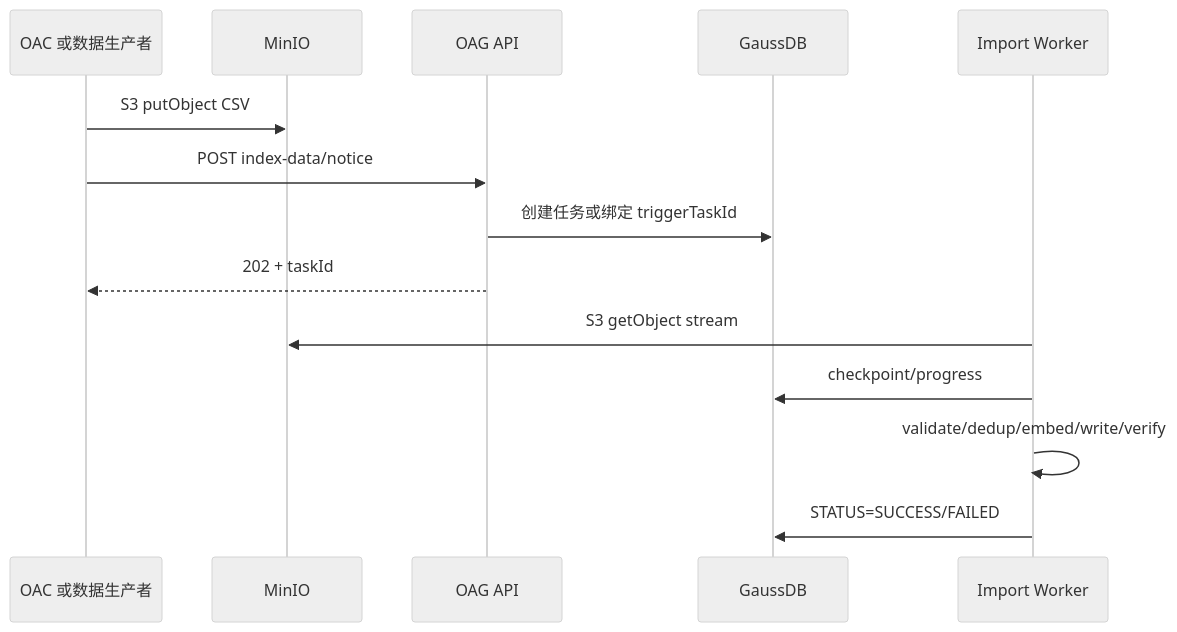
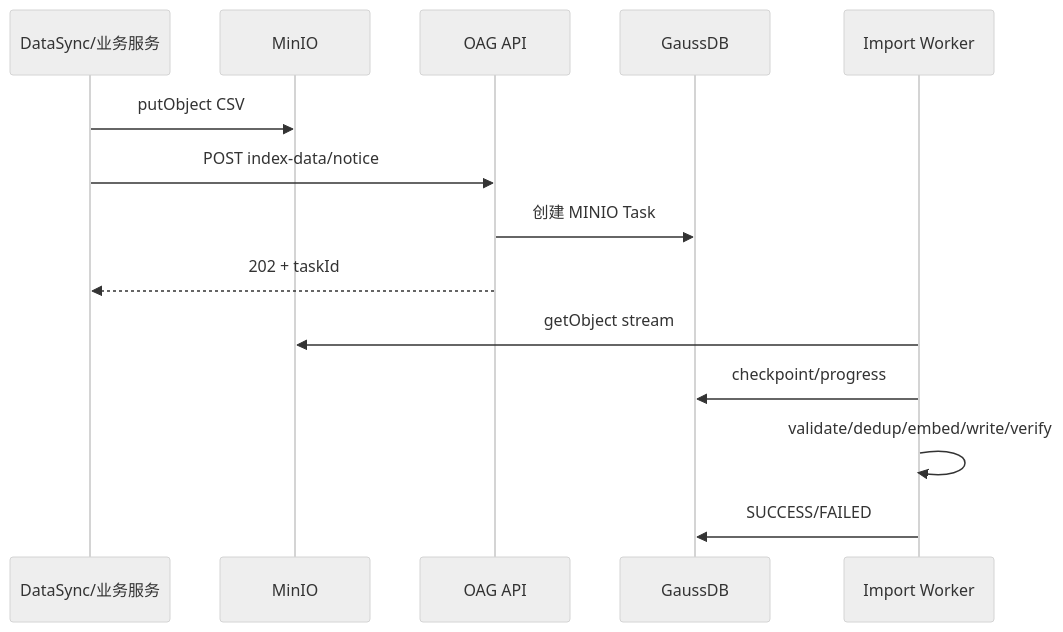
The sixth of 7 diagrams in docs/OAG本体锚点语义检索与向量索引设计方案.md (cfwl100/onology_dsl), drawn with Mermaid (neutral theme) before and after one commit. The commit also changed other lines of this file, not shown here.

````diff
--- a/docs/OAG本体锚点语义检索与向量索引设计方案.md
+++ b/docs/OAG本体锚点语义检索与向量索引设计方案.md
@@ -3304,17 +2227,17 @@
 ```mermaid
 sequenceDiagram
-    participant P as OAC 或数据生产者
+    participant P as DataSync/业务服务
     participant M as MinIO
     participant A as OAG API
     participant D as GaussDB
     participant W as Import Worker
 
-    P->>M: S3 putObject CSV
+    P->>M: putObject CSV
     P->>A: POST index-data/notice
-    A->>D: 创建任务或绑定 triggerTaskId
+    A->>D: 创建 MINIO Task
     A-->>P: 202 + taskId
-    W->>M: S3 getObject stream
+    W->>M: getObject stream
     W->>D: checkpoint/progress
     W->>W: validate/dedup/embed/write/verify
-    W->>D: STATUS=SUCCESS/FAILED
+    W->>D: SUCCESS/FAILED
 ```
````
